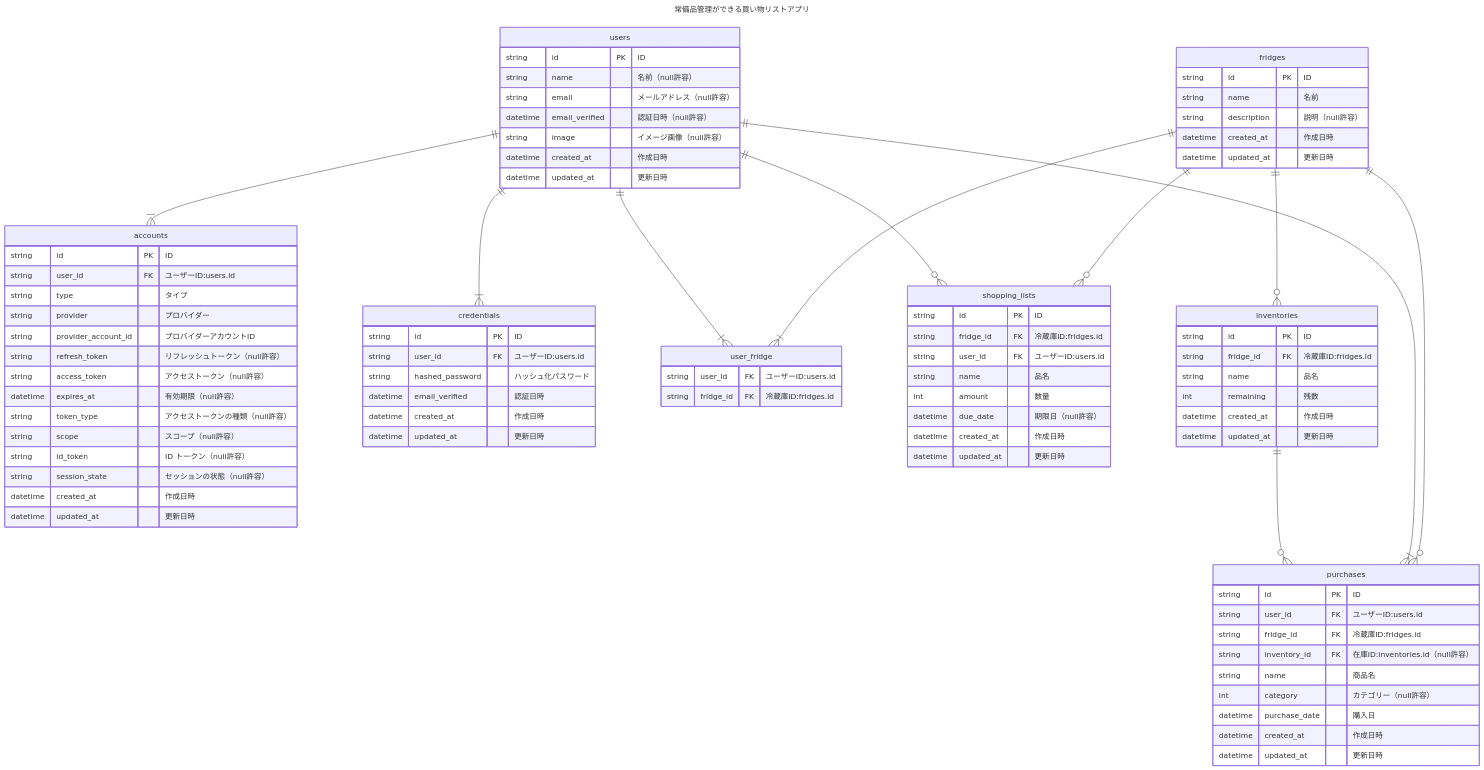
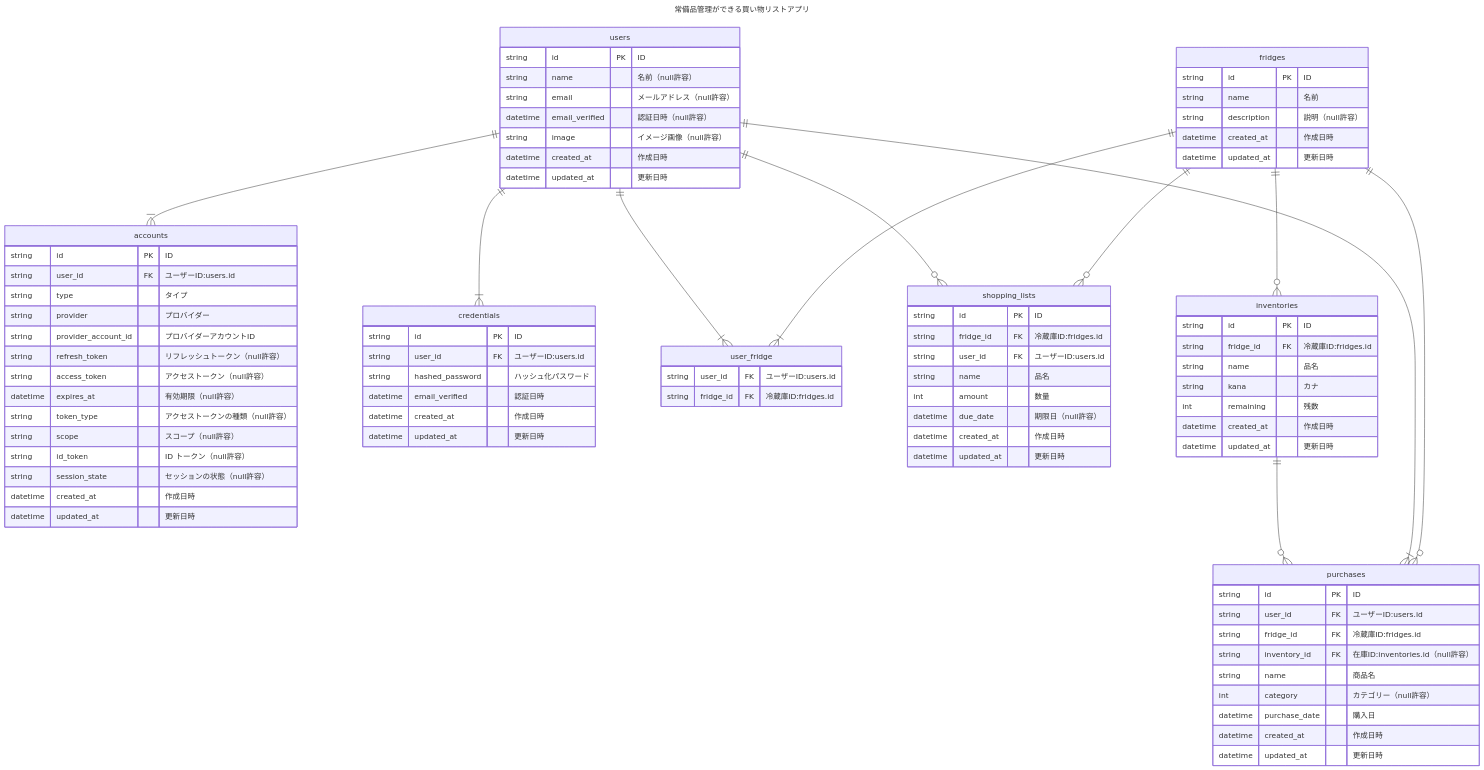
Before and after one commit to kurutto/fridge-inventory: the diagram in doc/fridge-inventory.md, drawn with Mermaid. The commit also changed 1 other file, not shown here.

Commit message:
readme作成

```diff
--- a/doc/fridge-inventory.md
+++ b/doc/fridge-inventory.md
@@ -67,6 +67,7 @@
         string id PK "ID"
         string fridge_id FK "冷蔵庫ID:fridges.id"
         string name "品名"
+        string kana "カナ"
         int remaining "残数"
         datetime created_at "作成日時"
         datetime updated_at "更新日時"
```
